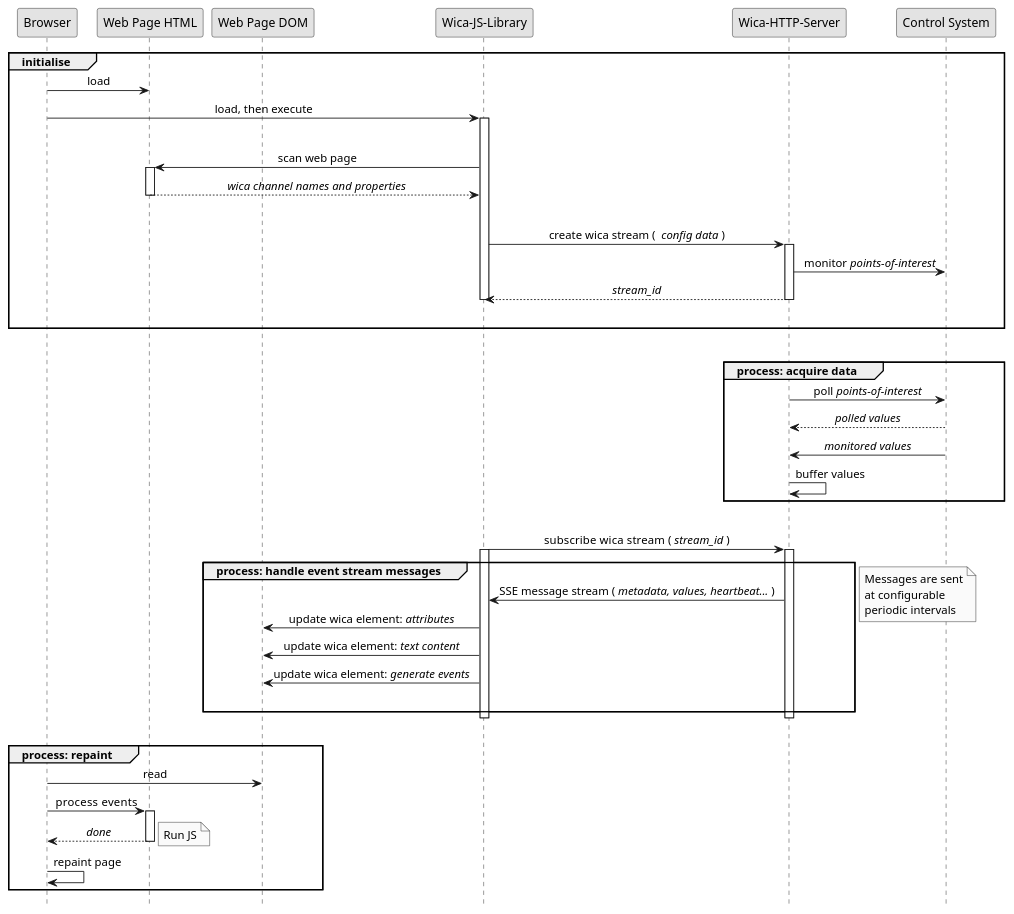
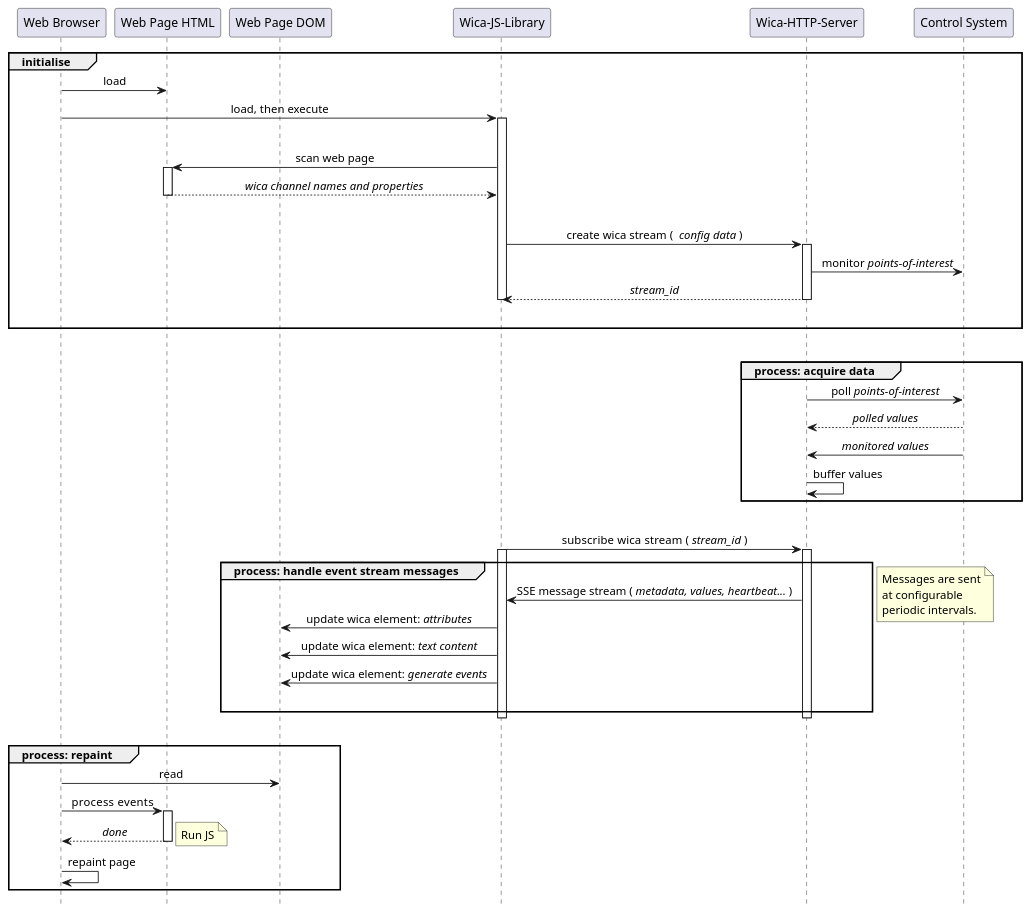
Before and after one commit to paulscherrerinstitute/wica-js: the diagram in docs/sequence.puml, drawn with PlantUML. The commit also changed other lines of this file and 1 other file, not shown here.

```diff
--- a/docs/sequence.puml
+++ b/docs/sequence.puml
@@ -7,61 +9,61 @@
 @startuml
 
-participant "Browser"
+participant "Web Browser"
 participant "Web Page HTML"
 participant "Web Page DOM"
 participant "Wica-JS-Library"
 participant "Wica-HTTP-Server"
 participant "Control System"
 
 hide footbox
 skinparam sequenceMessageAlign center
-skinparam monochrome true
+' skinparam monochrome true
 
 group initialise
-"Browser" -> "Web Page HTML" : load
-"Browser" -> "Wica-JS-Library" : load, then execute
+"Web Browser" -> "Web Page HTML" : load
+"Web Browser" -> "Wica-JS-Library" : load, then execute
 |||
 activate "Wica-JS-Library"
 "Wica-JS-Library" -> "Web Page HTML"  : scan web page
 activate "Web Page HTML"
 return // wica channel names and properties//
 |||
 "Wica-JS-Library" -> "Wica-HTTP-Server" : create wica stream ( // config data// )
 activate "Wica-HTTP-Server"
     "Wica-HTTP-Server" -> "Control System" : monitor //points-of-interest//
 return //stream_id//
 deactivate "Wica-JS-Library"
 |||
 end
 |||
 group process: acquire data
     "Wica-HTTP-Server" -> "Control System" : poll //points-of-interest//
     return //polled values//
         "Control System" -> "Wica-HTTP-Server" : //monitored values//
     "Wica-HTTP-Server" -> "Wica-HTTP-Server" : buffer values
 end
 |||
 "Wica-JS-Library" -> "Wica-HTTP-Server" : subscribe wica stream  ( //stream_id// )
 activate "Wica-JS-Library"
 activate "Wica-HTTP-Server"
 group process: handle event stream messages
     "Wica-HTTP-Server" -> "Wica-JS-Library" : SSE message stream ( //metadata, values, heartbeat...// )
     "Wica-JS-Library" -> "Web Page DOM" : update wica element: //attributes//
     "Wica-JS-Library" -> "Web Page DOM" : update wica element: //text content//
     "Wica-JS-Library" -> "Web Page DOM" : update wica element: //generate events//
 |||
 end
-note left: Messages are sent\nat configurable\nperiodic intervals
+note left: Messages are sent\nat configurable\nperiodic intervals.
 deactivate "Wica-JS-Library"
 deactivate "Wica-HTTP-Server"
 |||
 group process: repaint
-    "Browser" -> "Web Page DOM" : read
-    "Browser" -> "Web Page HTML" : process  events
+    "Web Browser" -> "Web Page DOM" : read
+    "Web Browser" -> "Web Page HTML" : process  events
     activate "Web Page HTML"
     return //done//
     note right: Run JS
-    "Browser" -> "Browser" : repaint page
+    "Web Browser" -> "Web Browser" : repaint page
 end
 
 @enduml
```
